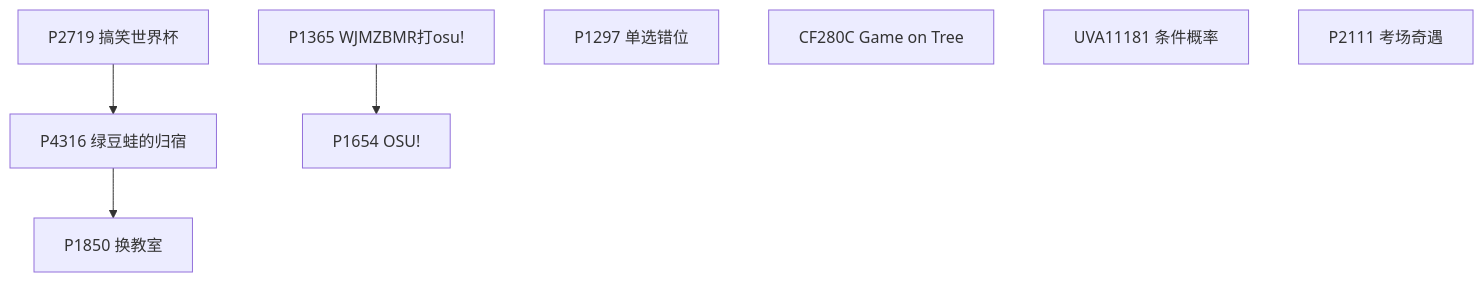
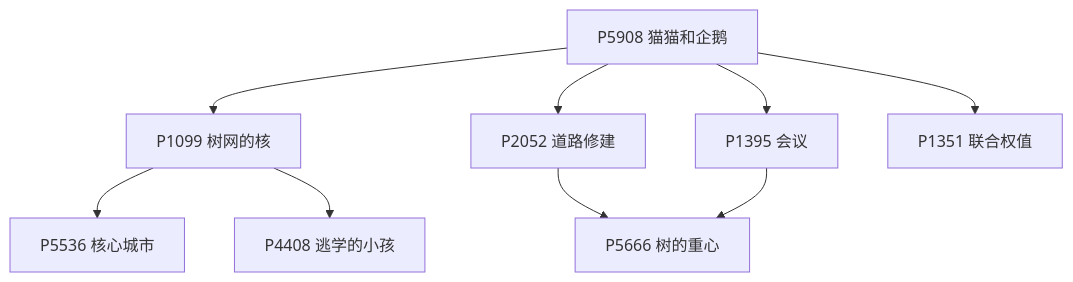
Diagram 19 of 56 in problem-sets/luogu-official-advanced-training.md (rainboyOJ/new_problem_solutions), drawn with Mermaid before and after one commit. The commit also changed other lines of this file and 3 other files, not shown here.

First line of the commit message:
fix(problem-sets): 前置关系图不再缩字——去孤立节点、按支线拆图、宽图横向滚动

````diff
--- a/problem-sets/luogu-official-advanced-training.md
+++ b/problem-sets/luogu-official-advanced-training.md
@@ -1151,16 +572,20 @@
 ```mermaid
 flowchart TD
-  n2719["P2719 搞笑世界杯"]
-  n4316["P4316 绿豆蛙的归宿"]
-  n1850["P1850 换教室"]
-  n1365["P1365 WJMZBMR打osu!"]
-  n1654["P1654 OSU!"]
-  n1297["P1297 单选错位"]
-  n280C["CF280C Game on Tree"]
-  n11581["UVA11181 条件概率"]
-  n2111["P2111 考场奇遇"]
+  nP5908["P5908 猫猫和企鹅"]
+  nP1099["P1099 树网的核"]
+  nP5536["P5536 核心城市"]
+  nP4408["P4408 逃学的小孩"]
+  nP2052["P2052 道路修建"]
+  nP1395["P1395 会议"]
+  nP5666["P5666 树的重心"]
+  nP1351["P1351 联合权值"]
 
-  n2719 --> n4316
-  n4316 --> n1850
-  n1365 --> n1654
+  nP5908 --> nP1099
+  nP1099 --> nP5536
+  nP1099 --> nP4408
+  nP5908 --> nP2052
+  nP2052 --> nP5666
+  nP5908 --> nP1395
+  nP1395 --> nP5666
+  nP5908 --> nP1351
 ```
````
